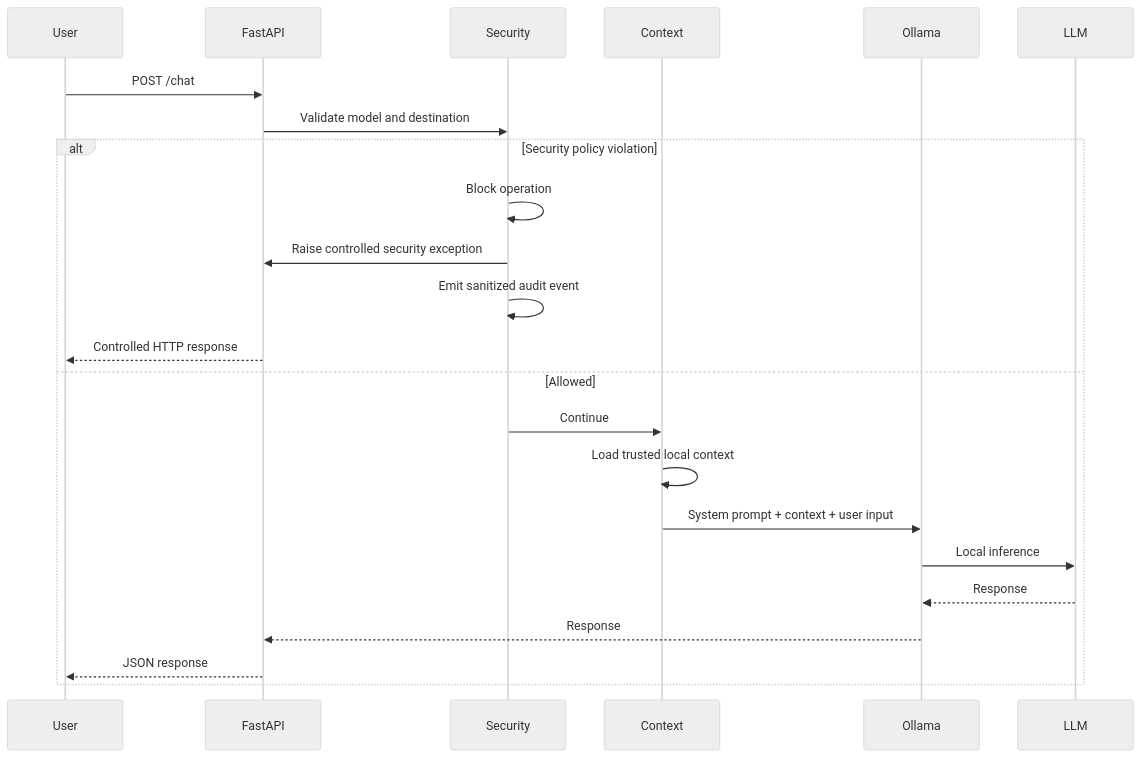
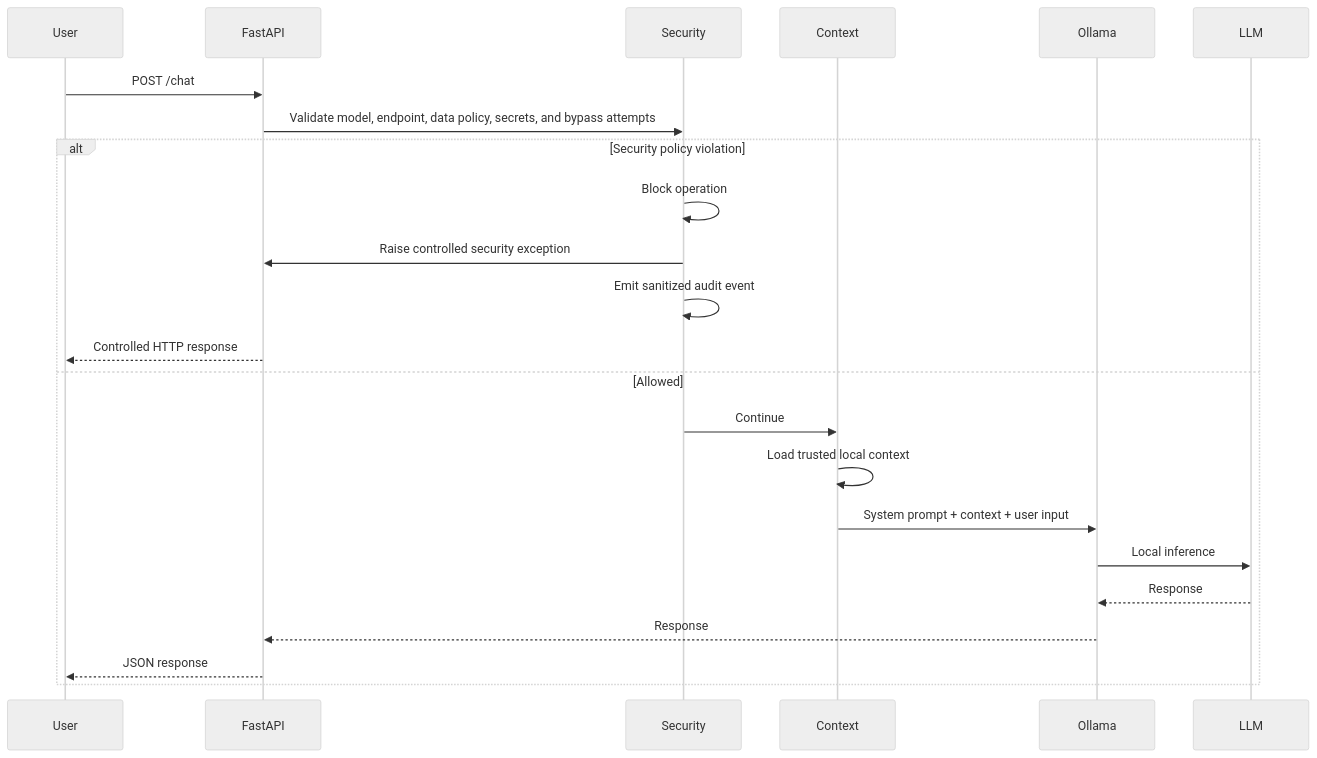
One commit to daniel-carneiro-nascimento/sherlock-home changed the second of 8 diagrams in README.md. Above: the diagram before and after it, drawn with Mermaid (neutral theme). The commit also changed other lines of this file and 14 other files, not shown here.

Commit message:
Update security architecture and roadmap

````diff
--- a/README.md
+++ b/README.md
@@ -159,29 +159,29 @@
 ```mermaid
 sequenceDiagram
 
     participant User
     participant FastAPI
     participant Security
     participant Context
     participant Ollama
     participant LLM
 
     User->>FastAPI: POST /chat
 
-    FastAPI->>Security: Validate model and destination
+    FastAPI->>Security: Validate model, endpoint, data policy, secrets, and bypass attempts
 
     alt Security policy violation
         Security->>Security: Block operation
         Security->>FastAPI: Raise controlled security exception
         Security->>Security: Emit sanitized audit event
         FastAPI-->>User: Controlled HTTP response
     else Allowed
         Security->>Context: Continue
         Context->>Context: Load trusted local context
         Context->>Ollama: System prompt + context + user input
         Ollama->>LLM: Local inference
         LLM-->>Ollama: Response
         Ollama-->>FastAPI: Response
         FastAPI-->>User: JSON response
     end
 ```
````
